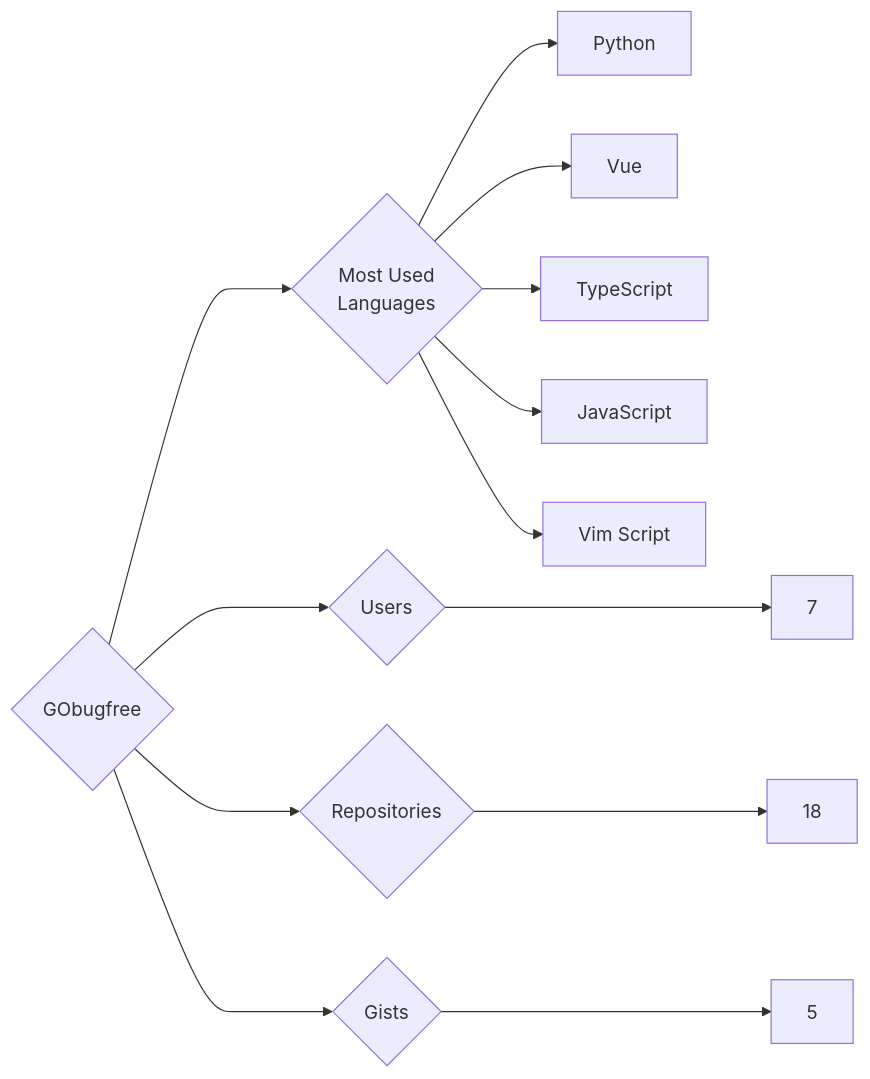
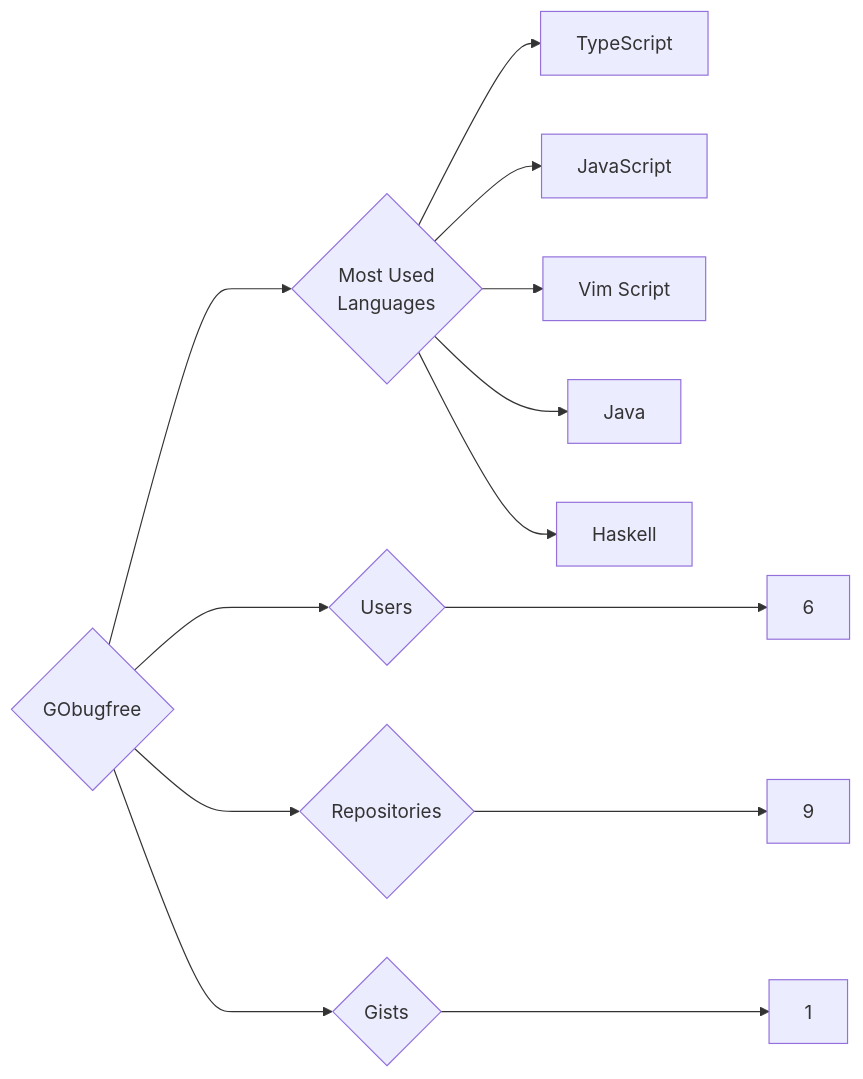
The diagram in targets/GObugfree/README.md (trickest/insiders), drawn with Mermaid before and after one commit. The commit also changed 1175 other files, not shown here.

````diff
--- a/targets/GObugfree/README.md
+++ b/targets/GObugfree/README.md
@@ -3,13 +3,13 @@
 ```mermaid
 graph LR
 COMPANY_NAME{GObugfree}
-COMPANY_NAME ---> U{Users} ---> UN[7]
-COMPANY_NAME ---> R{Repositories} ---> RN[18]
-COMPANY_NAME ---> G{Gists} ---> GN[5]
+COMPANY_NAME ---> U{Users} ---> UN[6]
+COMPANY_NAME ---> R{Repositories} ---> RN[9]
+COMPANY_NAME ---> G{Gists} ---> GN[1]
 COMPANY_NAME ---> ML{Most Used<br>Languages}
-ML --> Python[Python]
-ML --> Vue[Vue]
 ML --> TypeScript[TypeScript]
 ML --> JavaScript[JavaScript]
 ML --> Vim_Script[Vim Script]
+ML --> Java[Java]
+ML --> Haskell[Haskell]
 ```
````
